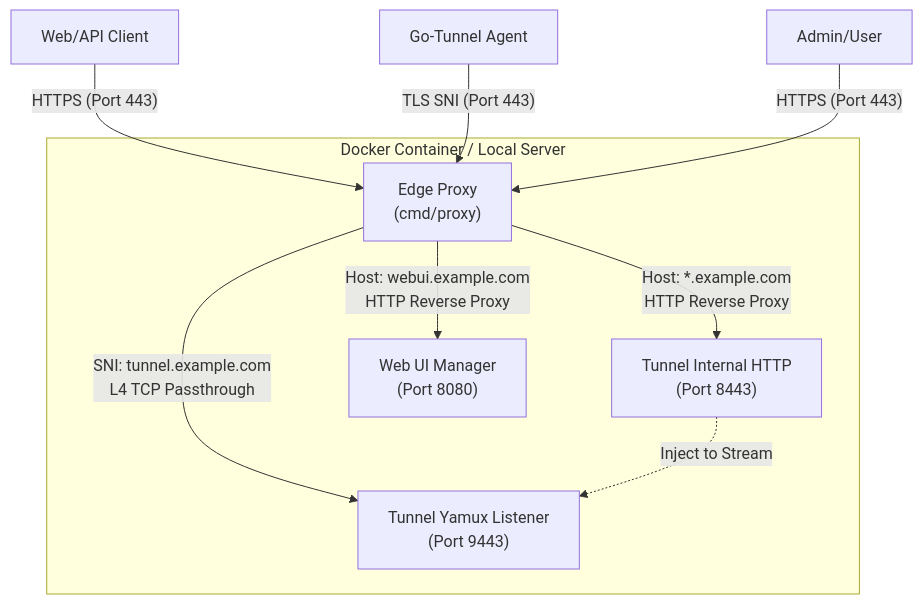
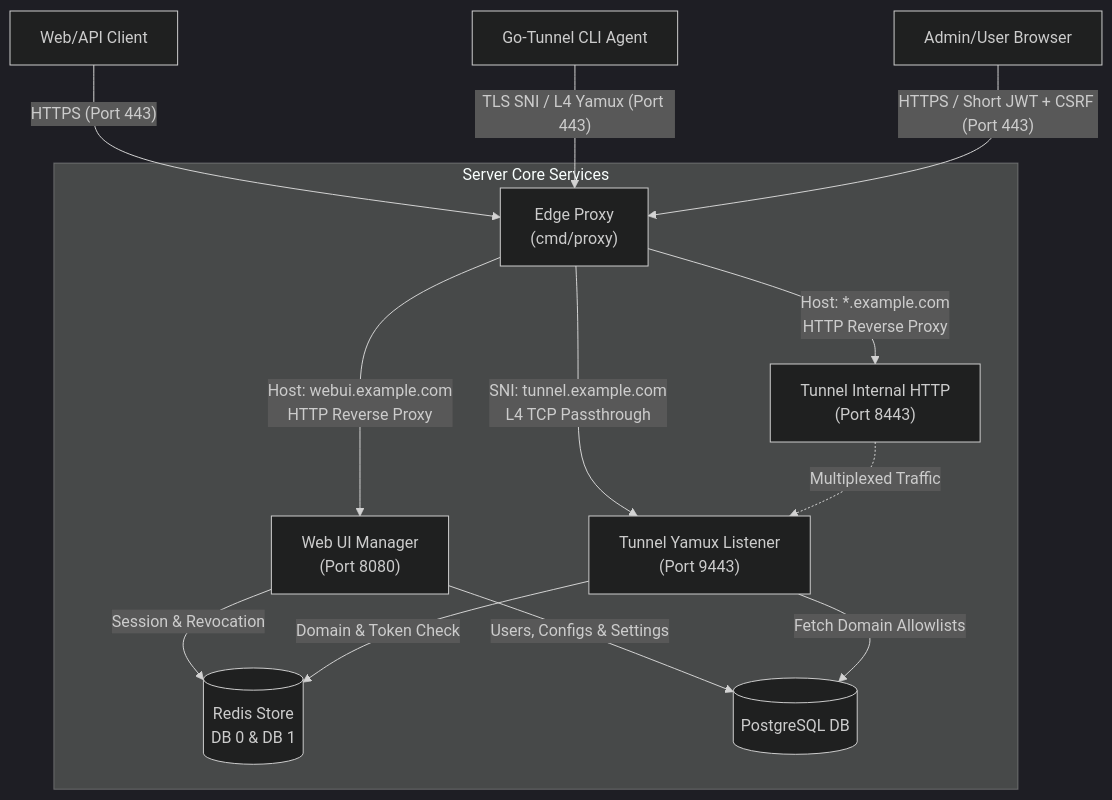
The diagram in README.md (kal72/go-tunnel), drawn with Mermaid before and after one commit. The commit also changed other lines of this file and 2 other files, not shown here.

Commit message:
chore: update documentation and configuration schema, and remove unused client config loader

````diff
--- a/README.md
+++ b/README.md
@@ -131,14 +137,21 @@
 ```mermaid
+%%{init: {'theme': 'dark'}}%%
 graph TD
     Client[Web/API Client] -->|"HTTPS (Port 443)"| EdgeProxy["Edge Proxy<br>(cmd/proxy)"]
-    Agent[Go-Tunnel Agent] -->|"TLS SNI (Port 443)"| EdgeProxy
-    Admin[Admin/User] -->|"HTTPS (Port 443)"| EdgeProxy
+    Agent[Go-Tunnel CLI Agent] -->|"TLS SNI / L4 Yamux (Port 443)"| EdgeProxy
+    Admin[Admin/User Browser] -->|"HTTPS / Short JWT + CSRF (Port 443)"| EdgeProxy
 
-    subgraph "Docker Container / Local Server"
+    subgraph "Server Core Services"
         EdgeProxy -- "Host: *.example.com<br>HTTP Reverse Proxy" --> TunnelHttp["Tunnel Internal HTTP<br>(Port 8443)"]
         EdgeProxy -- "Host: webui.example.com<br>HTTP Reverse Proxy" --> WebUI["Web UI Manager<br>(Port 8080)"]
         EdgeProxy -- "SNI: tunnel.example.com<br>L4 TCP Passthrough" --> TunnelTCP["Tunnel Yamux Listener<br>(Port 9443)"]
         
-        TunnelHttp -.->|"Inject to Stream"| TunnelTCP
+        TunnelHttp -.->|"Multiplexed Traffic"| TunnelTCP
+        
+        WebUI -->|"Session & Revocation"| Redis[(Redis Store<br>DB 0 & DB 1)]
+        TunnelTCP -->|"Domain & Token Check"| Redis
+        
+        WebUI -->|"Users, Configs & Settings"| Postgres[(PostgreSQL DB)]
+        TunnelTCP -->|"Fetch Domain Allowlists"| Postgres
     end
 ```
````
